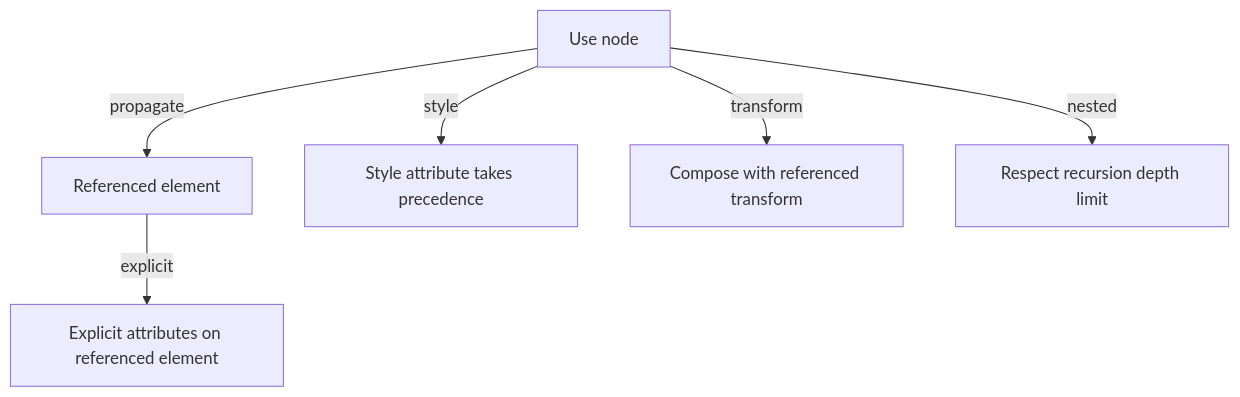
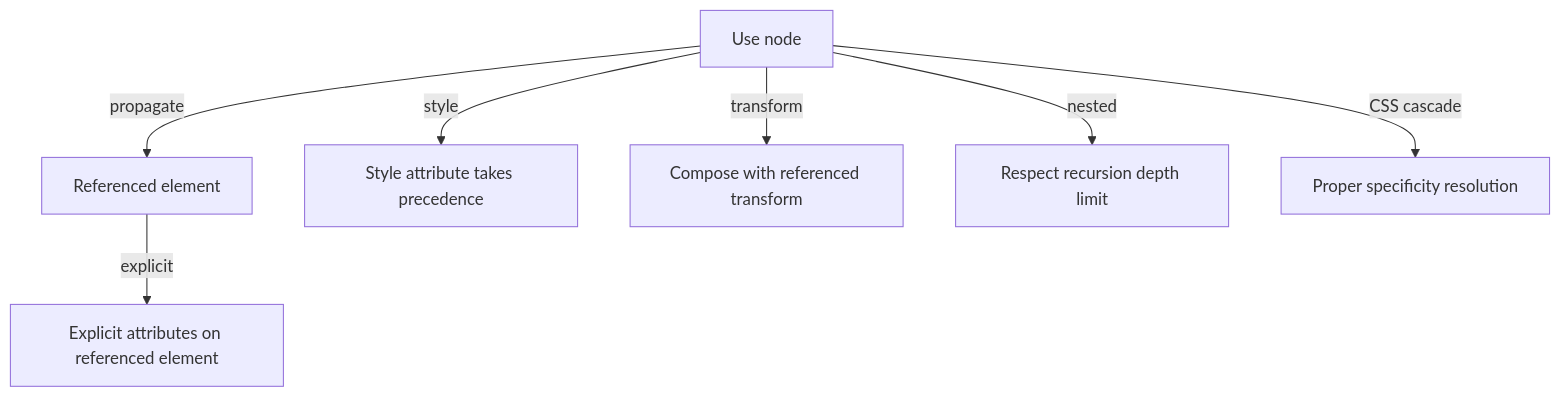
One commit to denisnadey/flutter_full_svg_support changed the ninth of 10 diagrams in .qoder/repowiki/en/content/Advanced Features/Use Element Symbol Inheritance.md. Above: the diagram before and after it, drawn with Mermaid. The commit also changed other lines of this file and 30 other files, not shown here.

First line of the commit message:
feat(svg): enhance use element symbol inheritance with full CSS cascade support

````diff
--- a/.qoder/repowiki/en/content/Advanced Features/Use Element Symbol Inheritance.md
+++ b/.qoder/repowiki/en/content/Advanced Features/Use Element Symbol Inheritance.md
@@ -299,8 +342,9 @@
 ```mermaid
 flowchart TD
 U["Use node"] --> |propagate| Ref["Referenced element"]
 Ref --> |explicit| Override["Explicit attributes on referenced element"]
 U --> |style| Priority["Style attribute takes precedence"]
 U --> |transform| Compose["Compose with referenced transform"]
 U --> |nested| Depth["Respect recursion depth limit"]
+U --> |CSS cascade| Cascade["Proper specificity resolution"]
 ```
````
